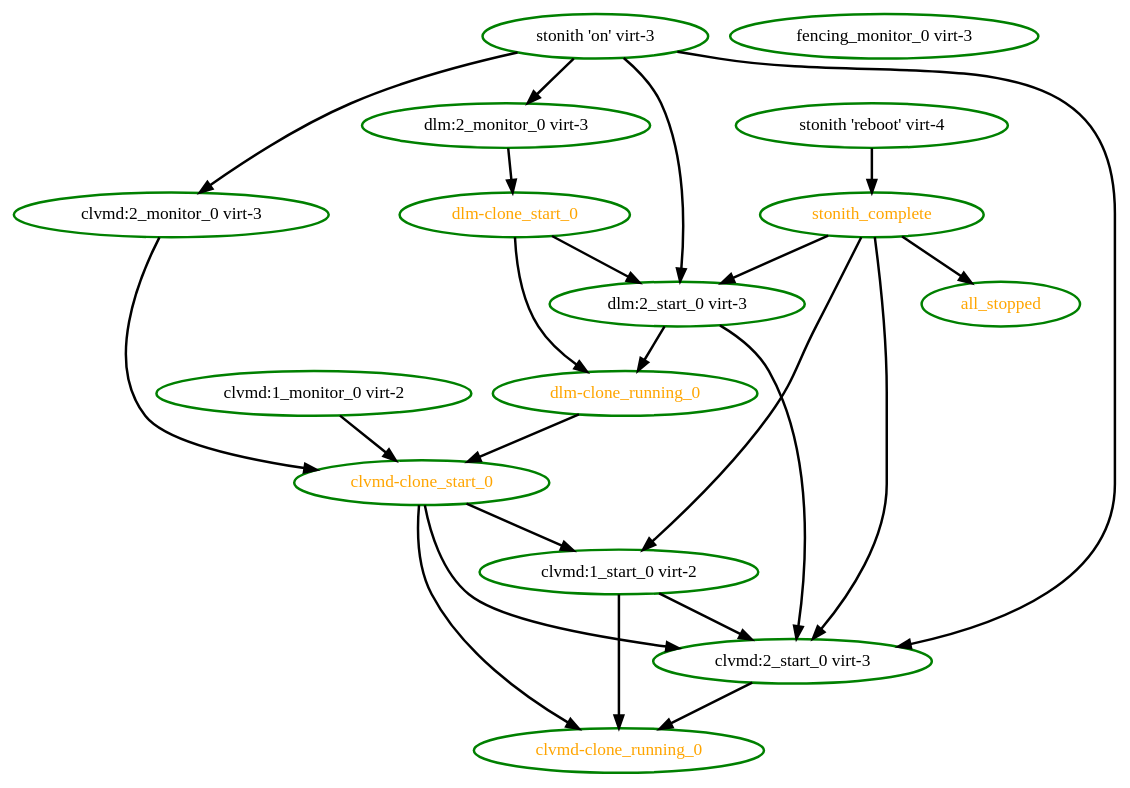
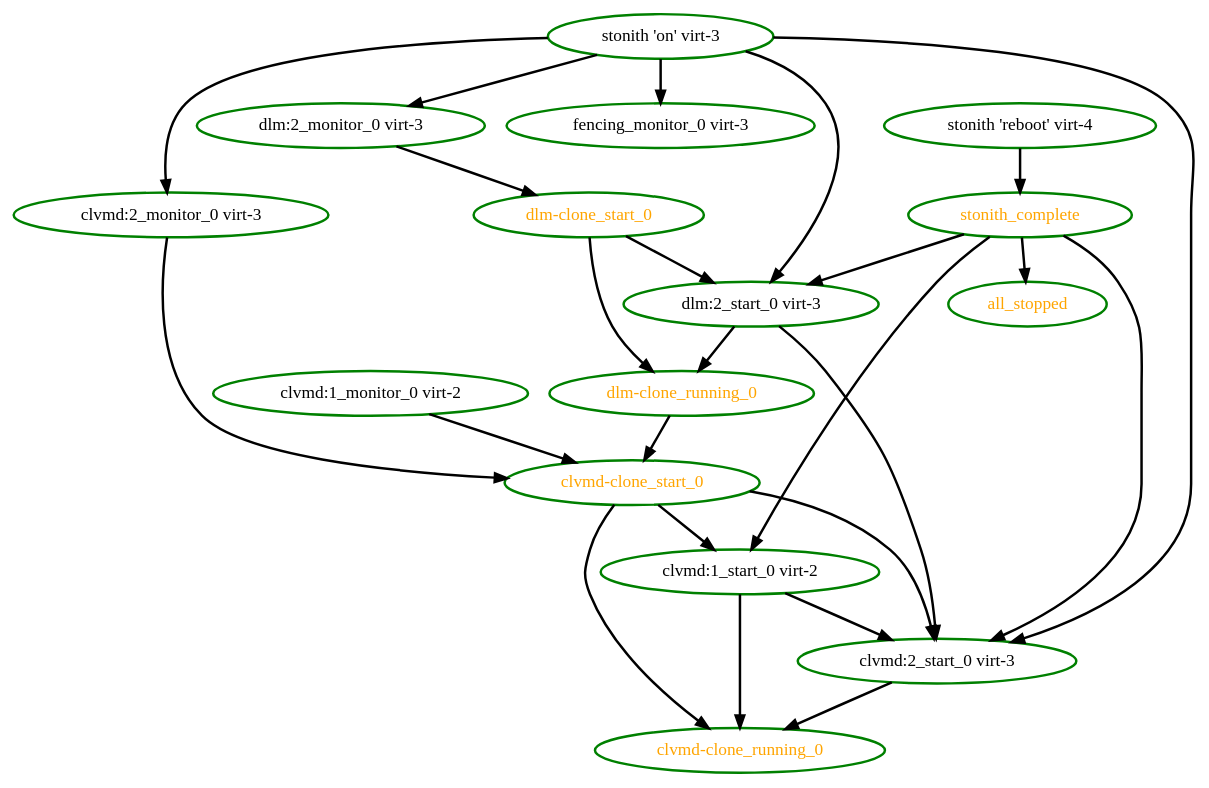
The diagram in pengine/test10/unfence-startup.dot (ClusterLabs/pacemaker), drawn with Graphviz before and after one commit. The commit also changed 11 other files, not shown here.

```diff
--- a/pengine/test10/unfence-startup.dot
+++ b/pengine/test10/unfence-startup.dot
@@ -1,40 +1,41 @@
 digraph "g" {
 "all_stopped" [ style=bold color="green" fontcolor="orange"]
 "clvmd-clone_running_0" [ style=bold color="green" fontcolor="orange"]
 "clvmd-clone_start_0" -> "clvmd-clone_running_0" [ style = bold]
 "clvmd-clone_start_0" -> "clvmd:1_start_0 virt-2" [ style = bold]
 "clvmd-clone_start_0" -> "clvmd:2_start_0 virt-3" [ style = bold]
 "clvmd-clone_start_0" [ style=bold color="green" fontcolor="orange"]
 "clvmd:1_monitor_0 virt-2" -> "clvmd-clone_start_0" [ style = bold]
 "clvmd:1_monitor_0 virt-2" [ style=bold color="green" fontcolor="black"]
 "clvmd:1_start_0 virt-2" -> "clvmd-clone_running_0" [ style = bold]
 "clvmd:1_start_0 virt-2" -> "clvmd:2_start_0 virt-3" [ style = bold]
 "clvmd:1_start_0 virt-2" [ style=bold color="green" fontcolor="black"]
 "clvmd:2_monitor_0 virt-3" -> "clvmd-clone_start_0" [ style = bold]
 "clvmd:2_monitor_0 virt-3" [ style=bold color="green" fontcolor="black"]
 "clvmd:2_start_0 virt-3" -> "clvmd-clone_running_0" [ style = bold]
 "clvmd:2_start_0 virt-3" [ style=bold color="green" fontcolor="black"]
 "dlm-clone_running_0" -> "clvmd-clone_start_0" [ style = bold]
 "dlm-clone_running_0" [ style=bold color="green" fontcolor="orange"]
 "dlm-clone_start_0" -> "dlm-clone_running_0" [ style = bold]
 "dlm-clone_start_0" -> "dlm:2_start_0 virt-3" [ style = bold]
 "dlm-clone_start_0" [ style=bold color="green" fontcolor="orange"]
 "dlm:2_monitor_0 virt-3" -> "dlm-clone_start_0" [ style = bold]
 "dlm:2_monitor_0 virt-3" [ style=bold color="green" fontcolor="black"]
 "dlm:2_start_0 virt-3" -> "clvmd:2_start_0 virt-3" [ style = bold]
 "dlm:2_start_0 virt-3" -> "dlm-clone_running_0" [ style = bold]
 "dlm:2_start_0 virt-3" [ style=bold color="green" fontcolor="black"]
 "fencing_monitor_0 virt-3" [ style=bold color="green" fontcolor="black"]
 "stonith 'on' virt-3" -> "clvmd:2_monitor_0 virt-3" [ style = bold]
 "stonith 'on' virt-3" -> "clvmd:2_start_0 virt-3" [ style = bold]
 "stonith 'on' virt-3" -> "dlm:2_monitor_0 virt-3" [ style = bold]
 "stonith 'on' virt-3" -> "dlm:2_start_0 virt-3" [ style = bold]
+"stonith 'on' virt-3" -> "fencing_monitor_0 virt-3" [ style = bold]
 "stonith 'on' virt-3" [ style=bold color="green" fontcolor="black"]
 "stonith 'reboot' virt-4" -> "stonith_complete" [ style = bold]
 "stonith 'reboot' virt-4" [ style=bold color="green" fontcolor="black"]
 "stonith_complete" -> "all_stopped" [ style = bold]
 "stonith_complete" -> "clvmd:1_start_0 virt-2" [ style = bold]
 "stonith_complete" -> "clvmd:2_start_0 virt-3" [ style = bold]
 "stonith_complete" -> "dlm:2_start_0 virt-3" [ style = bold]
 "stonith_complete" [ style=bold color="green" fontcolor="orange"]
 }
```
